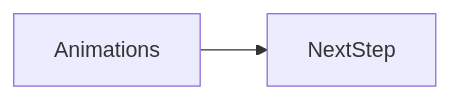
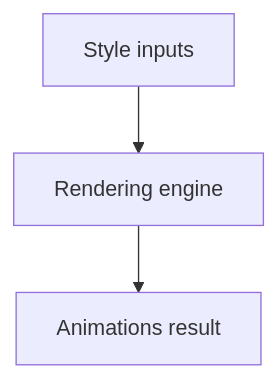
The second of 2 diagrams in docs/en/05-css/animations/index.md (OmidJavaherii/Frontend-Engineering-Handbook), drawn with Mermaid before and after one commit. The commit also changed other lines of this file and 461 other files, not shown here.

````diff
--- a/docs/en/05-css/animations/index.md
+++ b/docs/en/05-css/animations/index.md
@@ -95,4 +113,5 @@
 ```mermaid
-flowchart LR
-  concept[Animations] --> nextStep[NextStep]
+flowchart TD
+  Input[Style inputs] --> Engine[Rendering engine]
+  Engine --> Out[Animations result]
 ```
````
